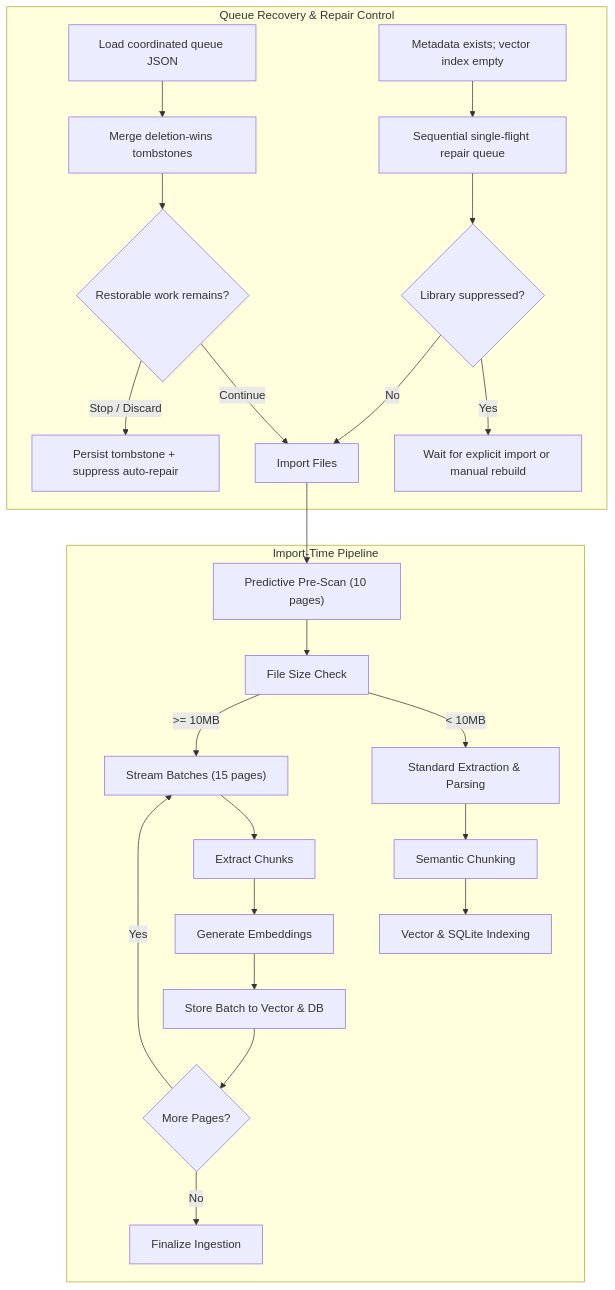
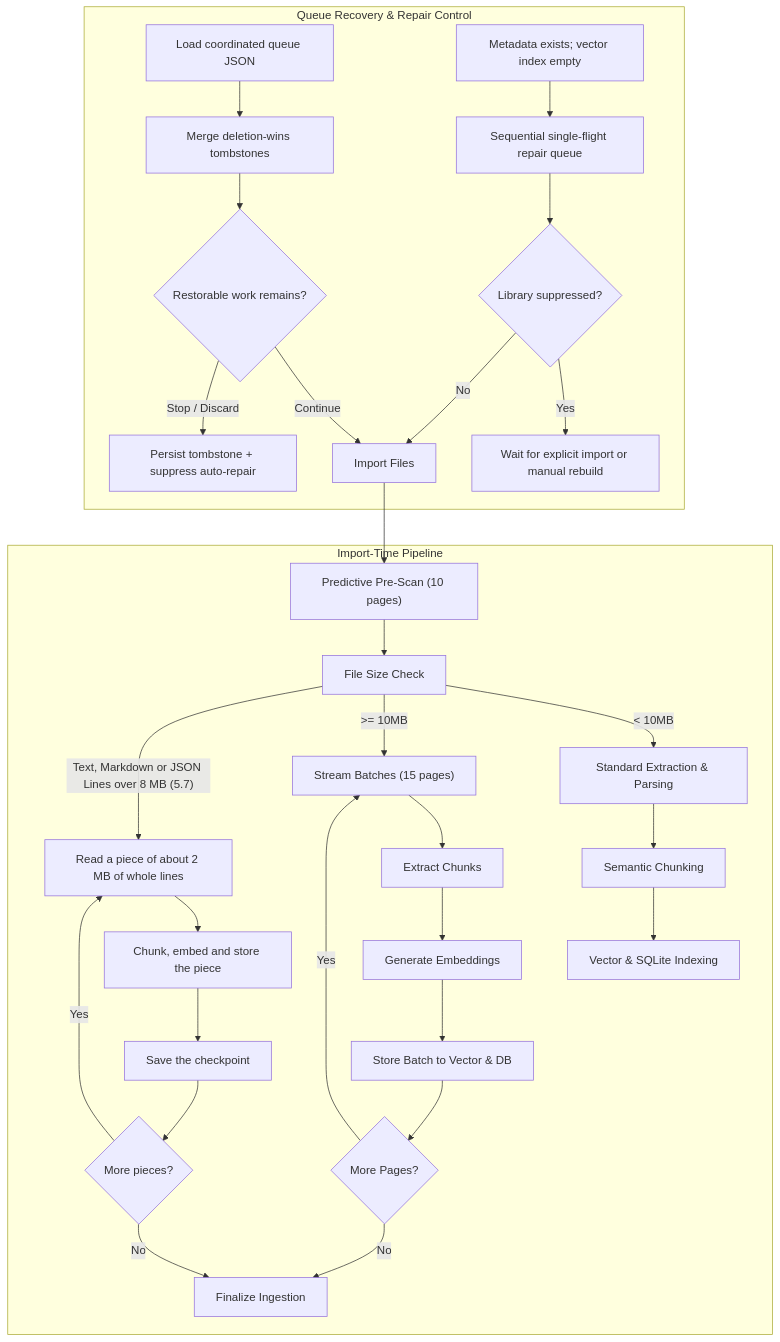
One commit to Gunnarguy/OpenIntelligence changed the third of 8 diagrams in Docs/OPENINTELLIGENCE_ARCHITECTURE_ATLAS.md. Above: the diagram before and after it, drawn with Mermaid. The commit also changed other lines of this file and 47 other files, not shown here.

````diff
--- a/Docs/OPENINTELLIGENCE_ARCHITECTURE_ATLAS.md
+++ b/Docs/OPENINTELLIGENCE_ARCHITECTURE_ATLAS.md
@@ -291,30 +294,37 @@
 ```mermaid
 flowchart TD
   subgraph RECOVERY["Queue Recovery & Repair Control"]
     Q1["Load coordinated queue JSON"] --> Q2["Merge deletion-wins tombstones"]
     Q2 --> Q3{"Restorable work remains?"}
     Q3 -- "Continue" --> A1
     Q3 -- "Stop / Discard" --> Q4["Persist tombstone + suppress auto-repair"]
     E1["Metadata exists; vector index empty"] --> E2["Sequential single-flight repair queue"]
     E2 --> E3{"Library suppressed?"}
     E3 -- "Yes" --> E4["Wait for explicit import or manual rebuild"]
     E3 -- "No" --> A1
   end
   subgraph INGEST["Import-Time Pipeline"]
     A1["Import Files"]
     SCAN["Predictive Pre-Scan (10 pages)"]
     A1 --> SCAN
     SCAN --> A2["File Size Check"]
     A2 -- "< 10MB" --> A3["Standard Extraction & Parsing"]
     A3 --> A4["Semantic Chunking"]
     A4 --> A5["Vector & SQLite Indexing"]
     
     A2 -- ">= 10MB" --> S1["Stream Batches (15 pages)"]
     S1 --> S2["Extract Chunks"]
     S2 --> S3["Generate Embeddings"]
     S3 --> S4["Store Batch to Vector & DB"]
     S4 --> S5{"More Pages?"}
     S5 -- "Yes" --> S1
     S5 -- "No" --> S6["Finalize Ingestion"]
+
+    A2 -- "Text, Markdown or JSON Lines over 8 MB (5.7)" --> T1["Read a piece of about 2 MB of whole lines"]
+    T1 --> T2["Chunk, embed and store the piece"]
+    T2 --> T3["Save the checkpoint"]
+    T3 --> T4{"More pieces?"}
+    T4 -- "Yes" --> T1
+    T4 -- "No" --> S6
   end
 ```
````
